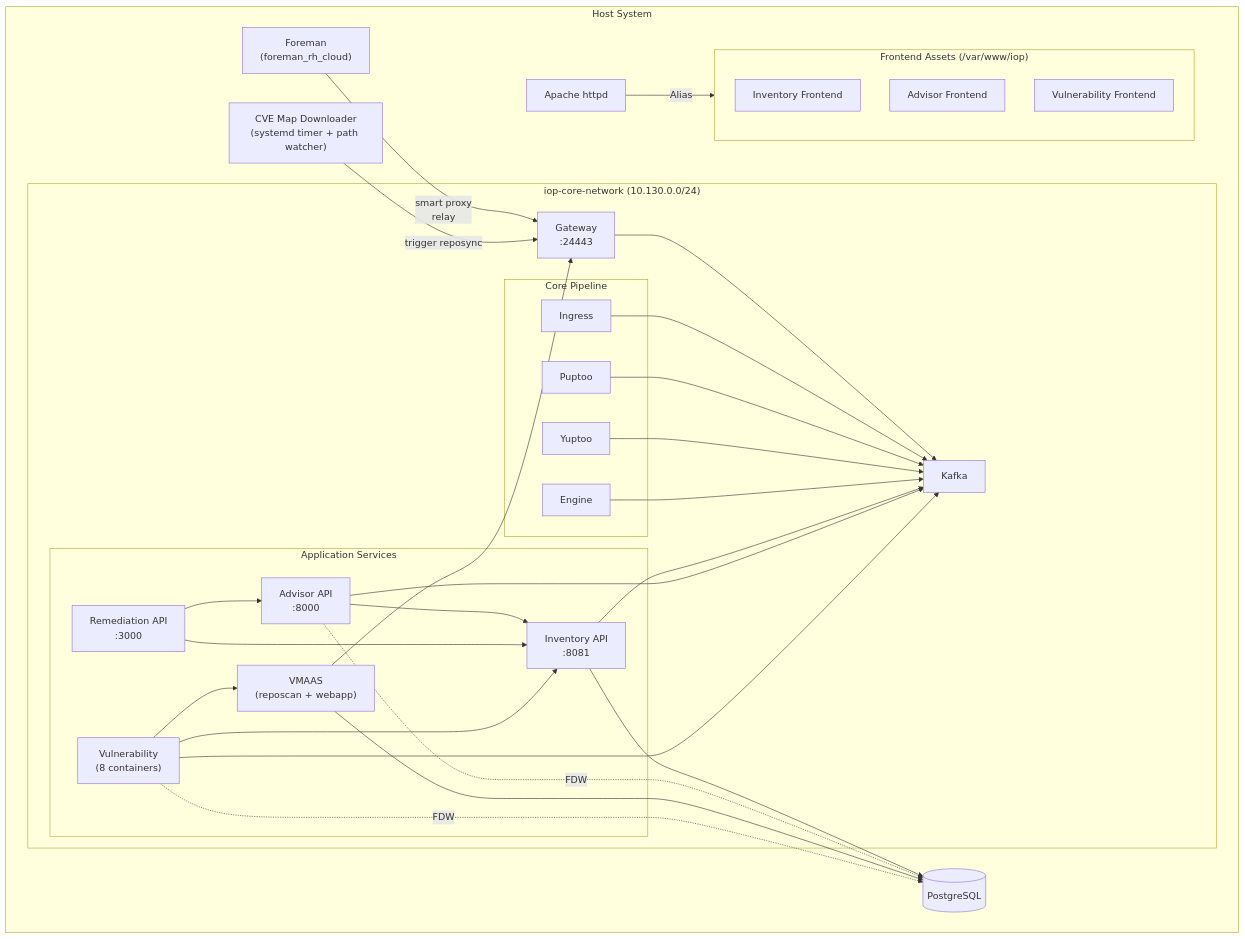
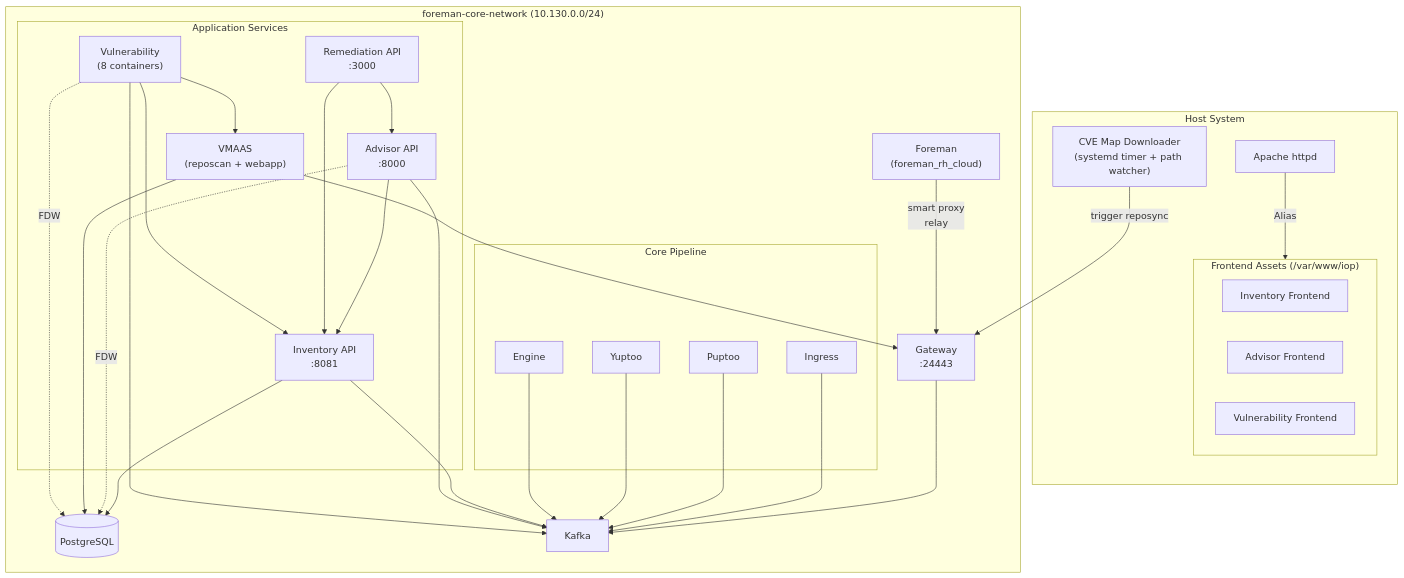
Before and after one commit to theforeman/foremanctl: the first of 2 diagrams in docs/architecture/iop.md, drawn with Mermaid. The commit also changed other lines of this file and 73 other files, not shown here.

Commit message:
Move co-located containers onto shared foreman-core-network

````diff
--- a/docs/architecture/iop.md
+++ b/docs/architecture/iop.md
@@ -15,61 +17,60 @@
 ```mermaid
 graph TB
     subgraph Host["Host System"]
-        Foreman["Foreman<br/>(foreman_rh_cloud)"]
         Apache["Apache httpd"]
-        PG[(PostgreSQL)]
-
-        subgraph Network["iop-core-network (10.130.0.0/24)"]
-            Kafka[Kafka]
-
-            subgraph Core["Core Pipeline"]
-                Ingress[Ingress]
-                Puptoo[Puptoo]
-                Yuptoo[Yuptoo]
-                Engine[Engine]
-            end
-
-            Gateway["Gateway<br/>:24443"]
-
-            subgraph Services["Application Services"]
-                Inventory["Inventory API<br/>:8081"]
-                Advisor["Advisor API<br/>:8000"]
-                Remediation["Remediation API<br/>:3000"]
-                VMAAS["VMAAS<br/>(reposcan + webapp)"]
-                Vuln["Vulnerability<br/>(8 containers)"]
-            end
-        end
-
         subgraph Frontends["Frontend Assets (/var/www/iop)"]
             InventoryFE[Inventory Frontend]
             AdvisorFE[Advisor Frontend]
             VulnFE[Vulnerability Frontend]
         end
 
         CVEMap["CVE Map Downloader<br/>(systemd timer + path watcher)"]
+    end
+
+    subgraph Network["foreman-core-network (10.130.0.0/24)"]
+        Foreman["Foreman<br/>(foreman_rh_cloud)"]
+        PG[(PostgreSQL)]
+        Kafka[Kafka]
+
+        subgraph Core["Core Pipeline"]
+            Ingress[Ingress]
+            Puptoo[Puptoo]
+            Yuptoo[Yuptoo]
+            Engine[Engine]
+        end
+
+        Gateway["Gateway<br/>:24443"]
+
+        subgraph Services["Application Services"]
+            Inventory["Inventory API<br/>:8081"]
+            Advisor["Advisor API<br/>:8000"]
+            Remediation["Remediation API<br/>:3000"]
+            VMAAS["VMAAS<br/>(reposcan + webapp)"]
+            Vuln["Vulnerability<br/>(8 containers)"]
+        end
     end
 
     Foreman -- "smart proxy<br/>relay" --> Gateway
     Gateway --> Kafka
     Apache -- "Alias" --> Frontends
 
     Ingress --> Kafka
     Puptoo --> Kafka
     Yuptoo --> Kafka
     Engine --> Kafka
 
     Inventory --> Kafka
     Inventory --> PG
     Advisor --> Kafka
     Advisor --> Inventory
     Advisor -. "FDW" .-> PG
     Remediation --> Advisor
     Remediation --> Inventory
     VMAAS --> PG
     VMAAS --> Gateway
     Vuln --> Kafka
     Vuln --> Inventory
     Vuln --> VMAAS
     Vuln -. "FDW" .-> PG
     CVEMap -- "trigger reposync" --> Gateway
 ```
````
